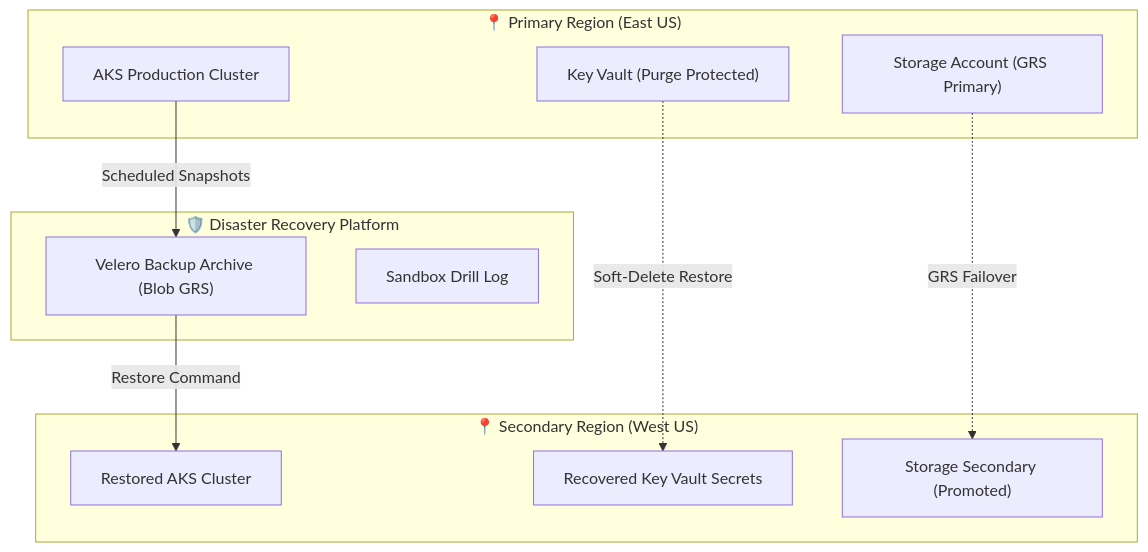
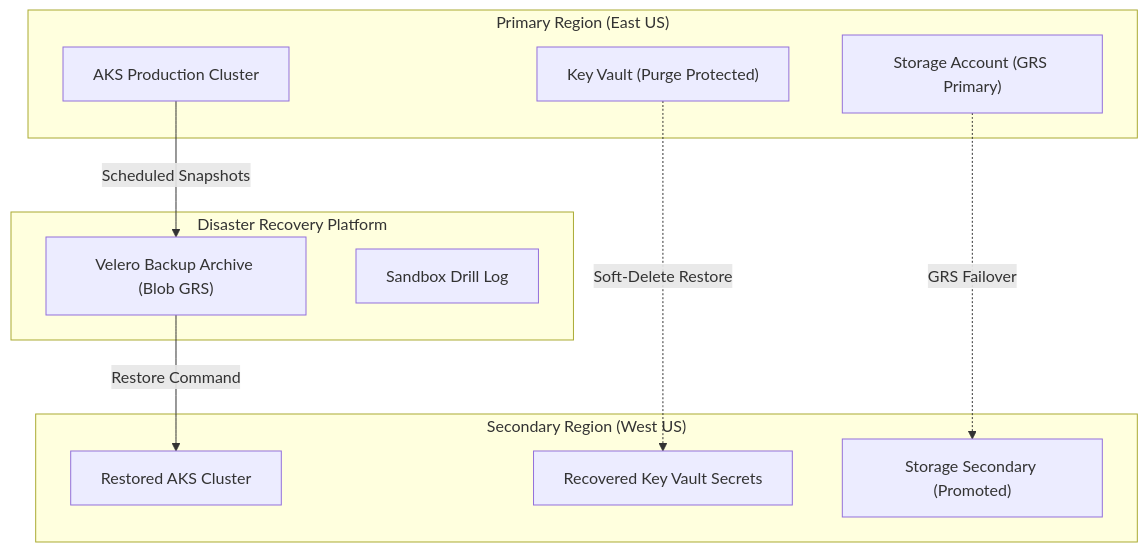
Before and after one commit to sanjiivsingh/azure-dr-runbooks: the diagram in README.md, drawn with Mermaid. The commit also changed other lines of this file, not shown here.

````diff
--- a/README.md
+++ b/README.md
@@ -13,24 +16,24 @@
 ```mermaid
 flowchart TD
-    subgraph Primary["📍 Primary Region (East US)"]
+    subgraph Primary["Primary Region (East US)"]
         AKSP["AKS Production Cluster"]
         KVP["Key Vault (Purge Protected)"]
         STP["Storage Account (GRS Primary)"]
     end
 
-    subgraph DR["🛡️ Disaster Recovery Platform"]
+    subgraph DR["Disaster Recovery Platform"]
         VELERO["Velero Backup Archive (Blob GRS)"]
         LOG["Sandbox Drill Log"]
     end
 
-    subgraph Secondary["📍 Secondary Region (West US)"]
+    subgraph Secondary["Secondary Region (West US)"]
         AKSS["Restored AKS Cluster"]
         KVS["Recovered Key Vault Secrets"]
         STS["Storage Secondary (Promoted)"]
     end
 
     AKSP -->|Scheduled Snapshots| VELERO
     VELERO -->|Restore Command| AKSS
     KVP -.->|Soft-Delete Restore| KVS
     STP -.->|GRS Failover| STS
 ```
````
